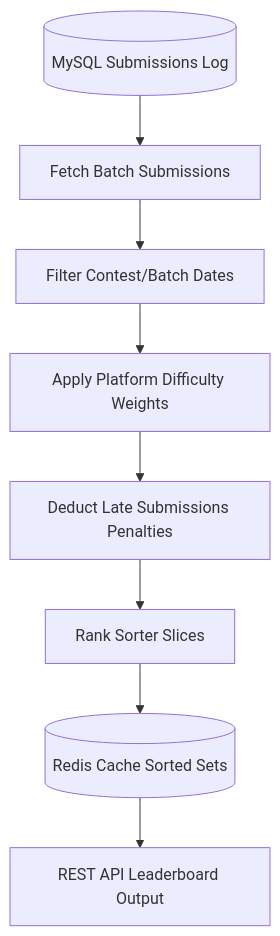
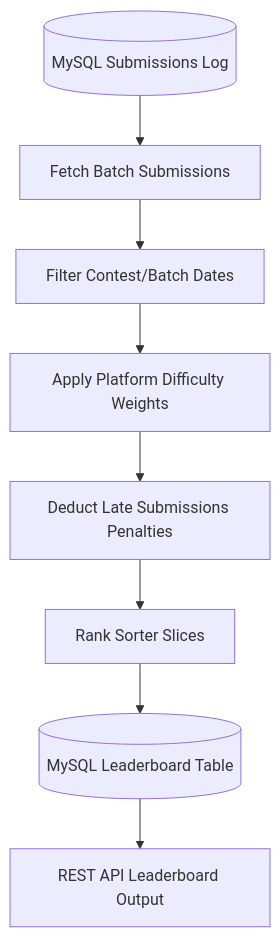
One commit to MrMandalNSU/sudipta.me changed the third of 3 diagrams in docs/experiences/nsups.md. Above: the diagram before and after it, drawn with Mermaid. The commit also changed other lines of this file and 4 other files, not shown here.

````diff
--- a/docs/experiences/nsups.md
+++ b/docs/experiences/nsups.md
@@ -87,12 +87,12 @@
 ```mermaid
 flowchart TD
     SolvesDB[(MySQL Submissions Log)] --> FetchActive[Fetch Batch Submissions]
     FetchActive --> FilterDates[Filter Contest/Batch Dates]
     
     FilterDates --> ScoreWeights[Apply Platform Difficulty Weights]
     ScoreWeights --> Penalties[Deduct Late Submissions Penalties]
     Penalties --> SortRanks[Rank Sorter Slices]
     
-    SortRanks --> Redis[(Redis Cache Sorted Sets)]
-    Redis --> JSON[REST API Leaderboard Output]
+    SortRanks --> DBCommit[(MySQL Leaderboard Table)]
+    DBCommit --> JSON[REST API Leaderboard Output]
 ```
````
